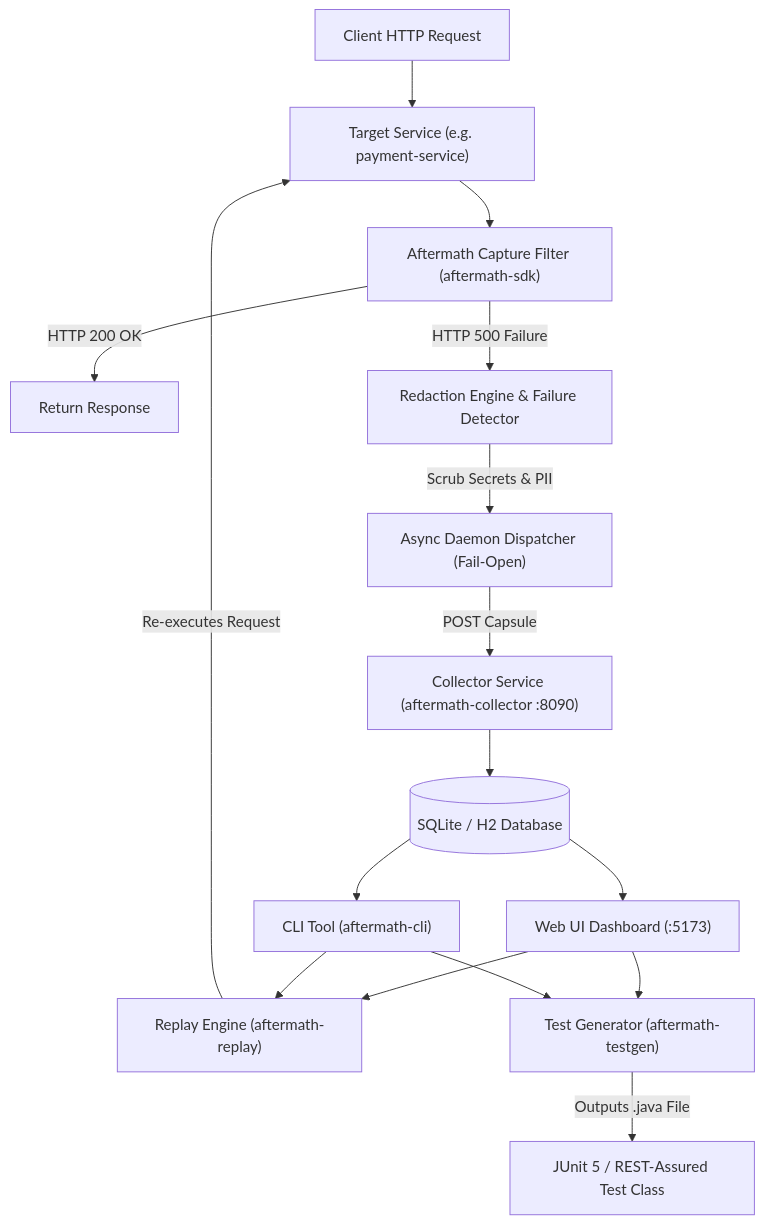
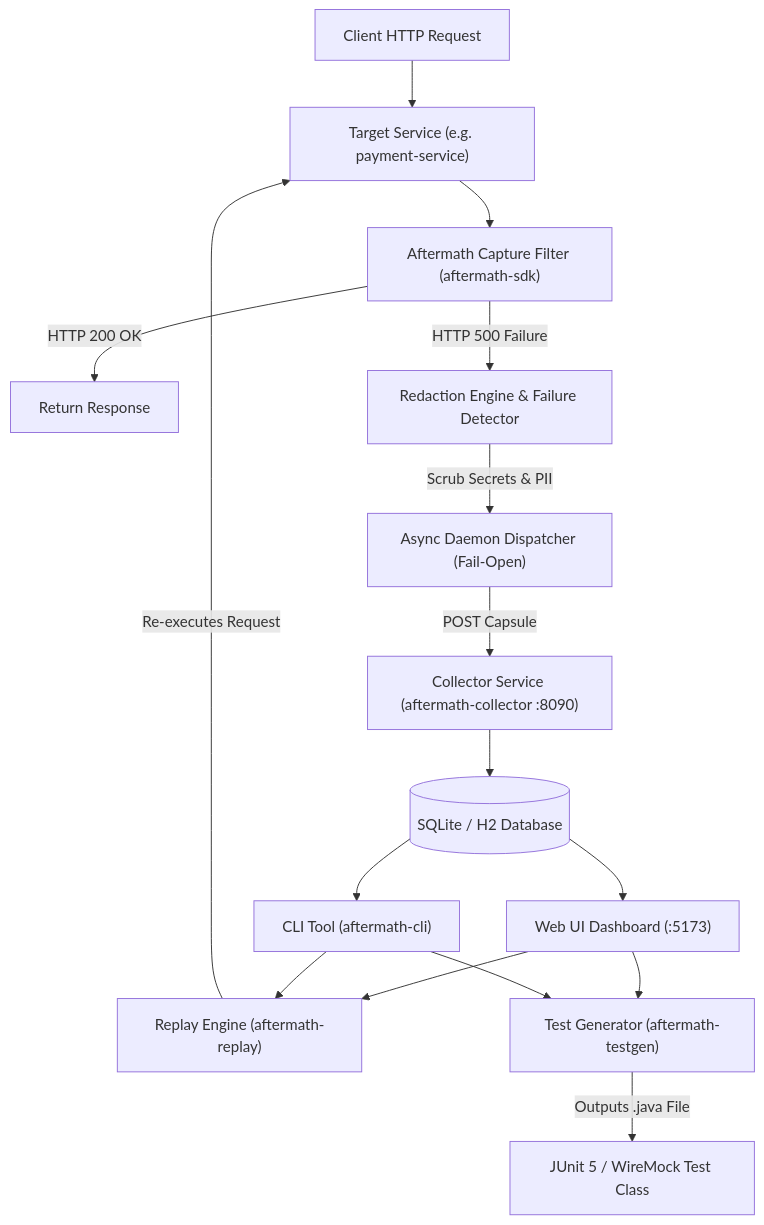
The diagram in README.md (Anshuman438/aftermath), drawn with Mermaid before and after one commit. The commit also changed other lines of this file, not shown here.

````diff
--- a/README.md
+++ b/README.md
@@ -32,19 +33,19 @@
 ```mermaid
 flowchart TD
     A["Client HTTP Request"] --> B["Target Service (e.g. payment-service)"]
     B --> C["Aftermath Capture Filter (aftermath-sdk)"]
     C -->|HTTP 200 OK| D["Return Response"]
     C -->|HTTP 500 Failure| E["Redaction Engine & Failure Detector"]
     E -->|Scrub Secrets & PII| F["Async Daemon Dispatcher (Fail-Open)"]
     F -->|POST Capsule| G["Collector Service (aftermath-collector :8090)"]
     G --> H[("SQLite / H2 Database")]
     
     H --> I["Web UI Dashboard (:5173)"]
     H --> J["CLI Tool (aftermath-cli)"]
     
     I & J --> K["Replay Engine (aftermath-replay)"]
     I & J --> L["Test Generator (aftermath-testgen)"]
     
     K -->|Re-executes Request| B
-    L -->|Outputs .java File| M["JUnit 5 / REST-Assured Test Class"]
+    L -->|Outputs .java File| M["JUnit 5 / WireMock Test Class"]
 ```
````
